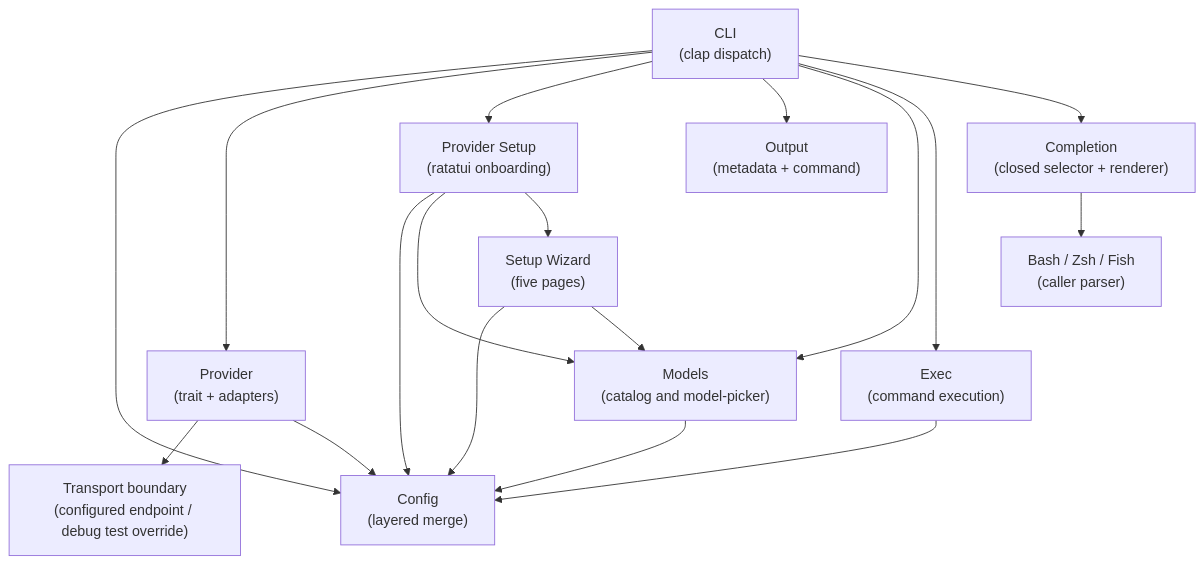
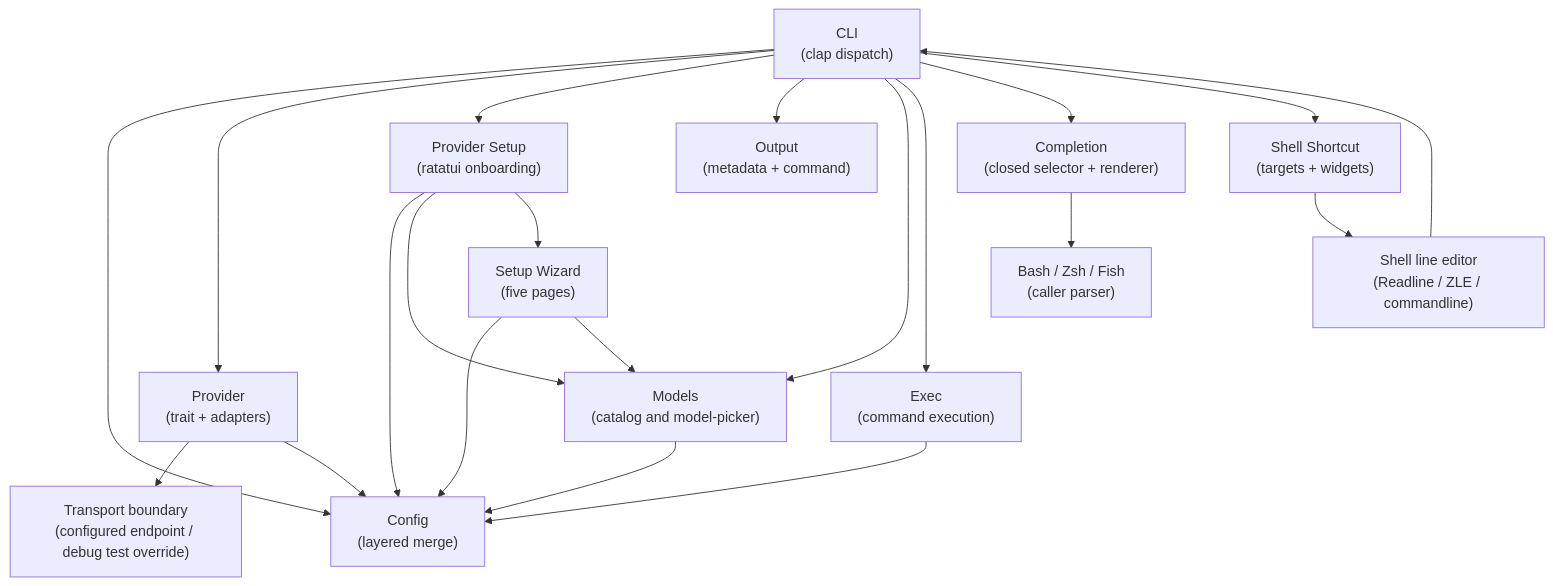
Before and after one commit to buster/watn: the diagram in docs/arc42/05-building-block-view.md, drawn with Mermaid. The commit also changed other lines of this file and 25 other files, not shown here.

Commit message:
feat(interactive-shell-shortcut): Enter accepts the default decline for shortcut setup

````diff
--- a/docs/arc42/05-building-block-view.md
+++ b/docs/arc42/05-building-block-view.md
@@ -5,32 +5,37 @@
 ```mermaid
 graph TB
     CLI["CLI<br/>(clap dispatch)"]
     Config["Config<br/>(layered merge)"]
     Provider["Provider<br/>(trait + adapters)"]
     Transport["Transport boundary<br/>(configured endpoint / debug test override)"]
     Setup["Provider Setup<br/>(ratatui onboarding)"]
     Wizard["Setup Wizard<br/>(five pages)"]
     Output["Output<br/>(metadata + command)"]
     Models["Models<br/>(catalog and model-picker)"]
     Exec["Exec<br/>(command execution)"]
     Completion["Completion<br/>(closed selector + renderer)"]
     ShellParser["Bash / Zsh / Fish<br/>(caller parser)"]
+    Shortcut["Shell Shortcut<br/>(targets + widgets)"]
+    LineEditor["Shell line editor<br/>(Readline / ZLE / commandline)"]
 
     CLI --> Config
     CLI --> Provider
     Provider --> Transport
     CLI --> Setup
     CLI --> Output
     CLI --> Models
     CLI --> Exec
     CLI --> Completion
     Provider --> Config
     Models --> Config
     Setup --> Config
     Setup --> Models
     Setup --> Wizard
     Wizard --> Config
     Wizard --> Models
     Exec --> Config
     Completion --> ShellParser
+    CLI --> Shortcut
+    Shortcut --> LineEditor
+    LineEditor --> CLI
 ```
````
